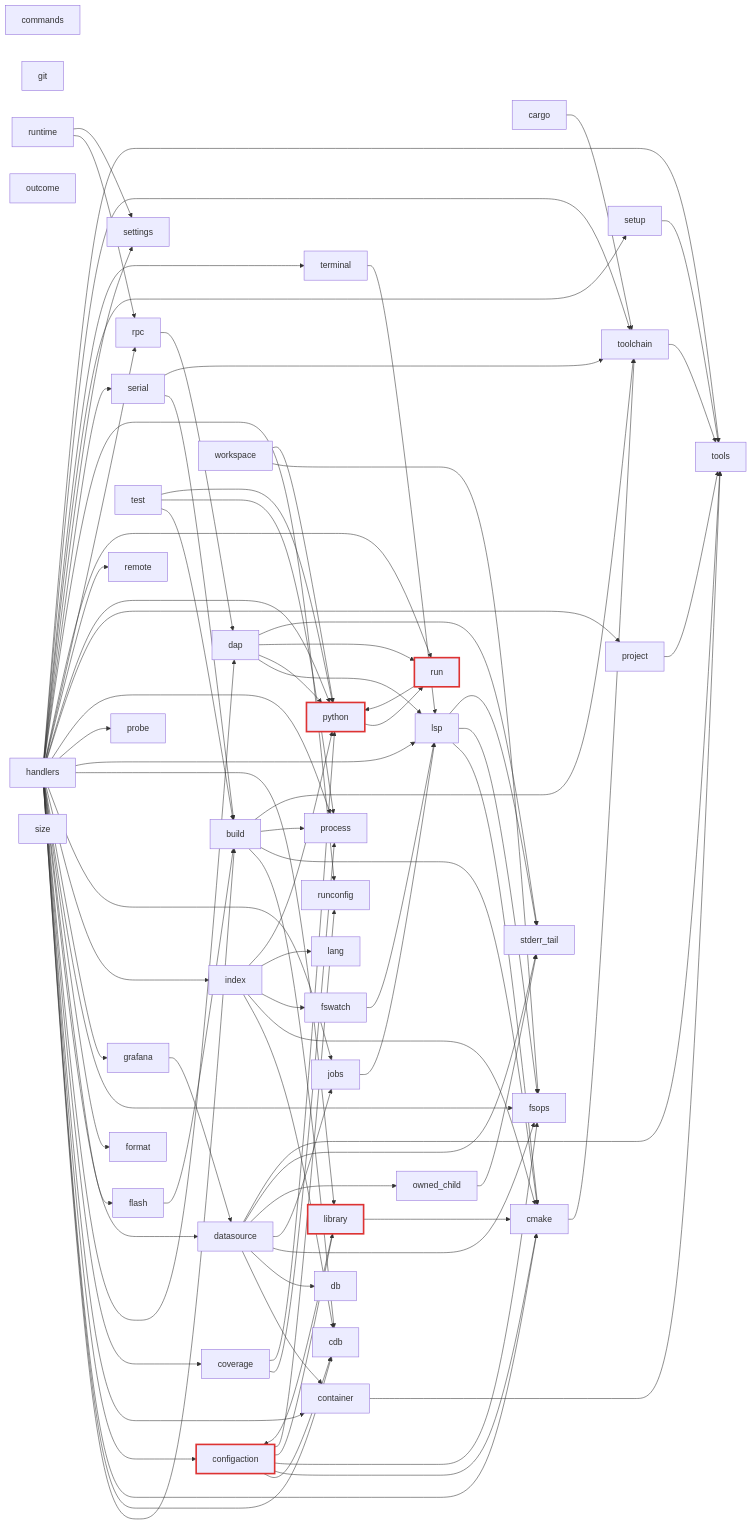
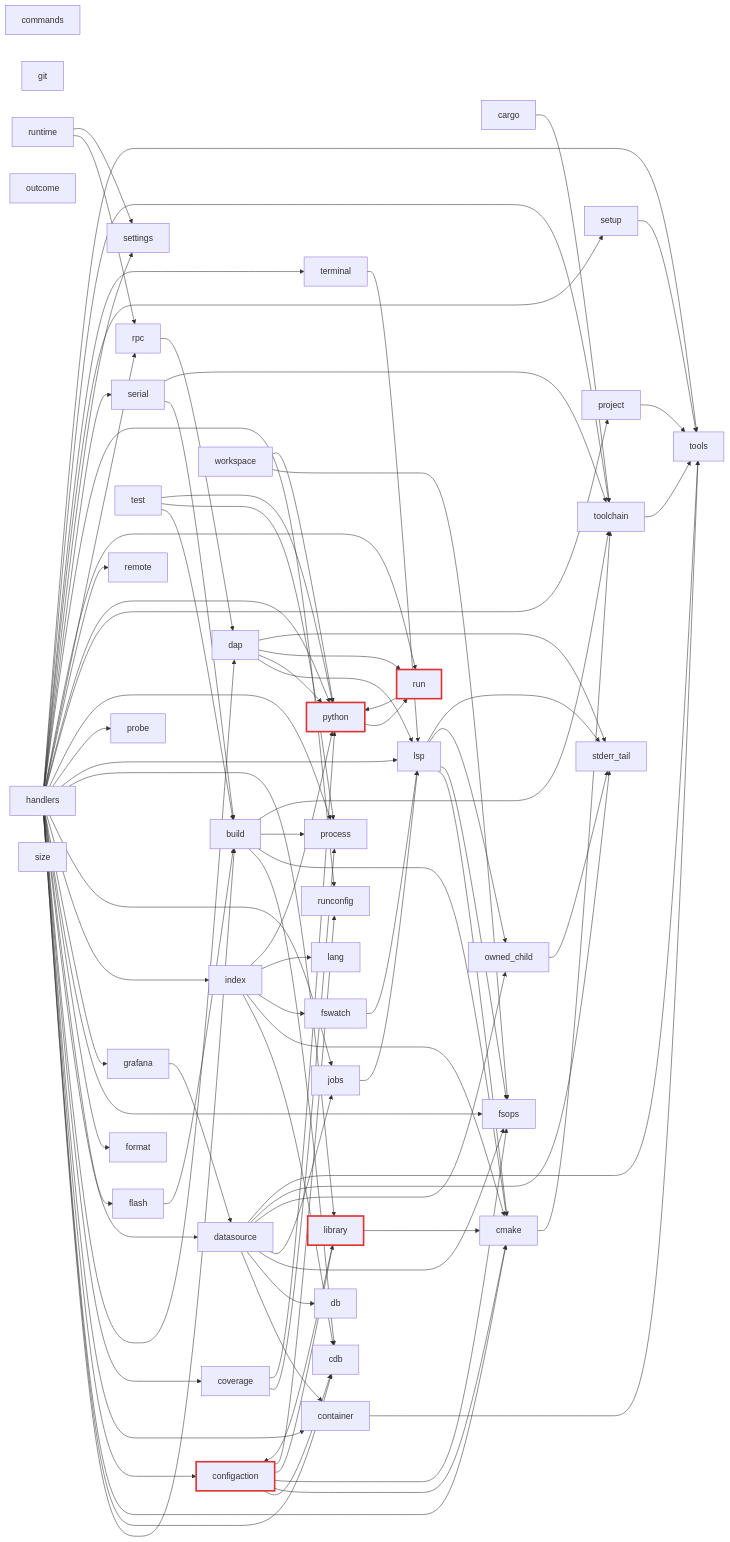
One commit to ViktorWalde/KineinVectis changed the third of 16 diagrams in DocsPublic/arquitetura/01-mapa-de-modulos.md. Above: the diagram before and after it, drawn with Mermaid. The commit also changed other lines of this file and 12 other files, not shown here.

First line of the commit message:
refactor(lsp): o processo do language server na base owned_child

```diff
--- a/DocsPublic/arquitetura/01-mapa-de-modulos.md
+++ b/DocsPublic/arquitetura/01-mapa-de-modulos.md
@@ -197,6 +197,7 @@
   n_core_library --> n_core_configaction
   n_core_lsp --> n_core_cmake
   n_core_lsp --> n_core_fsops
+  n_core_lsp --> n_core_owned_child
   n_core_lsp --> n_core_stderr_tail
   n_core_owned_child --> n_core_stderr_tail
   n_core_project --> n_core_tools
```
